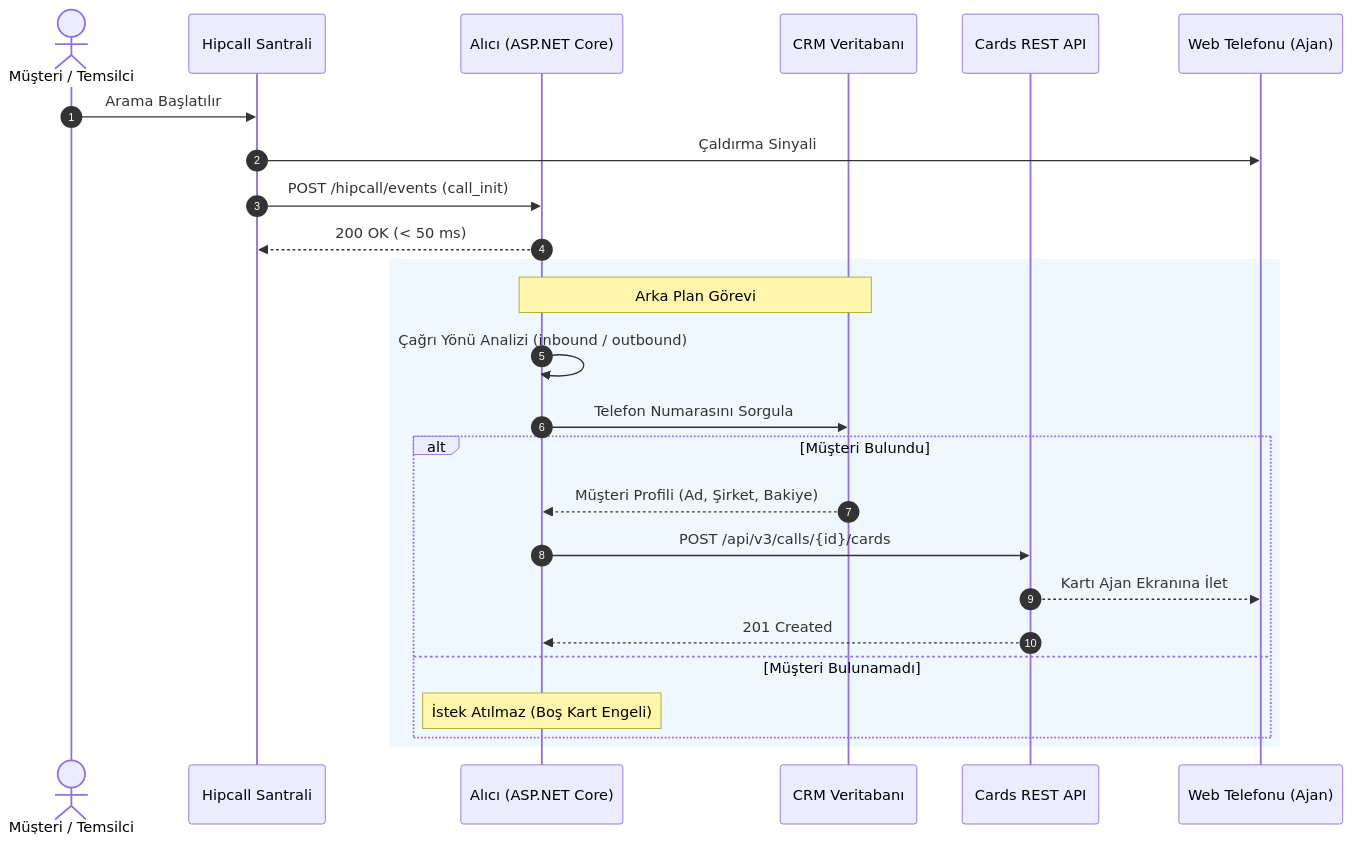
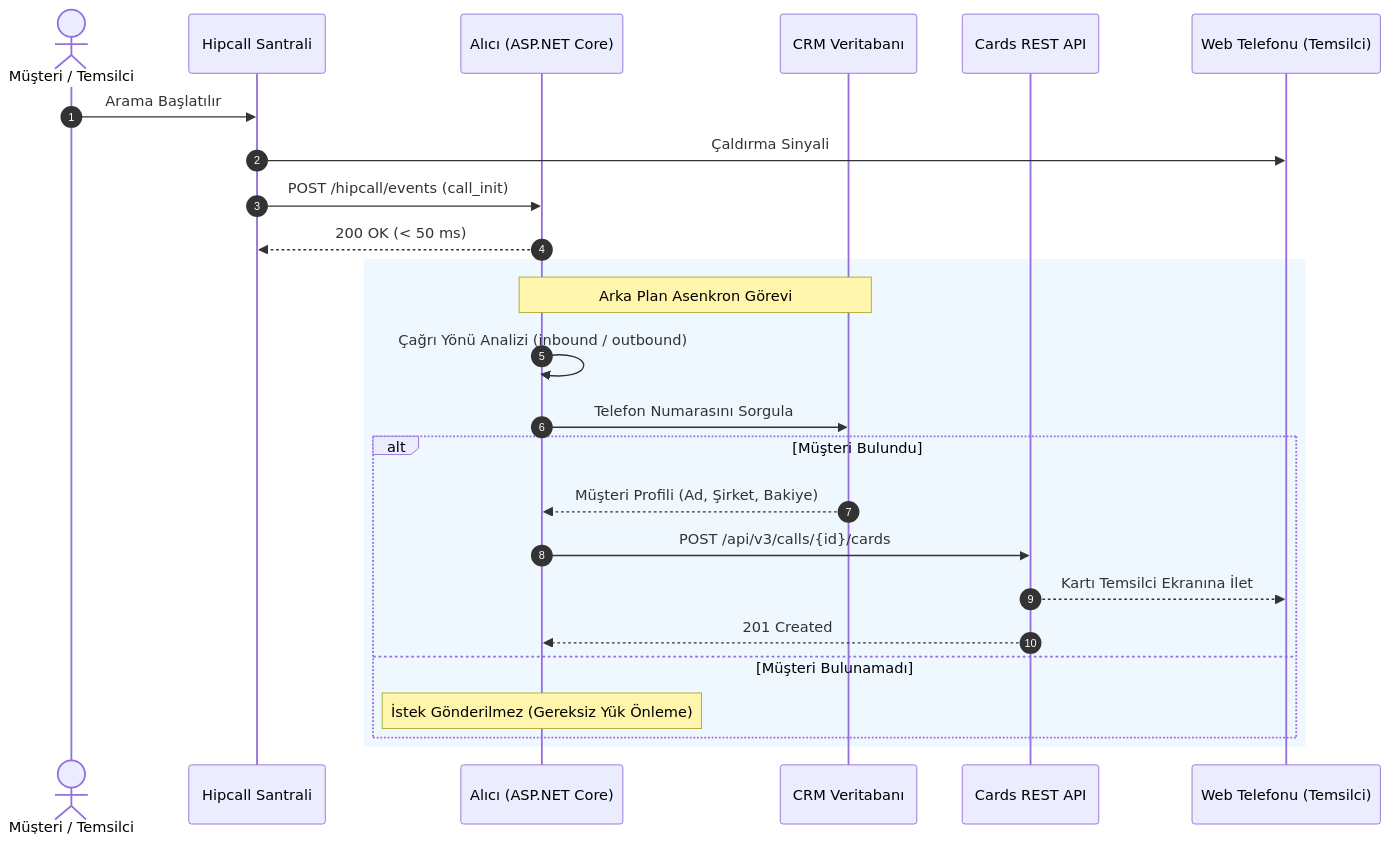
One commit to hipcall/2026-internship changed the diagram in blog/tr/05/insight-card-ile-arayan-bilgisini-ekranda-gosterme.md. Above: the diagram before and after it, drawn with Mermaid. The commit also changed other lines of this file and 1 other file, not shown here.

````diff
--- a/blog/tr/05/insight-card-ile-arayan-bilgisini-ekranda-gosterme.md
+++ b/blog/tr/05/insight-card-ile-arayan-bilgisini-ekranda-gosterme.md
@@ -127,29 +124,29 @@
 ```mermaid
 sequenceDiagram
     autonumber
     actor Musteri as Müşteri / Temsilci
     participant PBX as Hipcall Santrali
     participant Receiver as Alıcı (ASP.NET Core)
     participant CRM as CRM Veritabanı
     participant CardAPI as Cards REST API
-    participant UI as Web Telefonu (Ajan)
+    participant UI as Web Telefonu (Temsilci)
 
     Musteri->>PBX: Arama Başlatılır
     PBX->>UI: Çaldırma Sinyali
     PBX->>Receiver: POST /hipcall/events (call_init)
     Receiver-->>PBX: 200 OK (< 50 ms)
     
     rect rgb(240, 248, 255)
-        Note over Receiver,CRM: Arka Plan Görevi
+        Note over Receiver,CRM: Arka Plan Asenkron Görevi
         Receiver->>Receiver: Çağrı Yönü Analizi (inbound / outbound)
         Receiver->>CRM: Telefon Numarasını Sorgula
         alt Müşteri Bulundu
             CRM-->>Receiver: Müşteri Profili (Ad, Şirket, Bakiye)
             Receiver->>CardAPI: POST /api/v3/calls/{id}/cards
-            CardAPI-->>UI: Kartı Ajan Ekranına İlet
+            CardAPI-->>UI: Kartı Temsilci Ekranına İlet
             CardAPI-->>Receiver: 201 Created
         else Müşteri Bulunamadı
-            Note over Receiver: İstek Atılmaz (Boş Kart Engeli)
+            Note over Receiver: İstek Gönderilmez (Gereksiz Yük Önleme)
         end
     end
 ```
````
